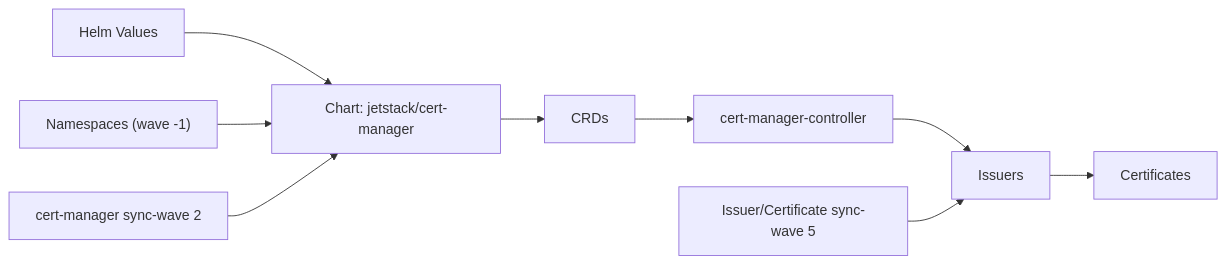
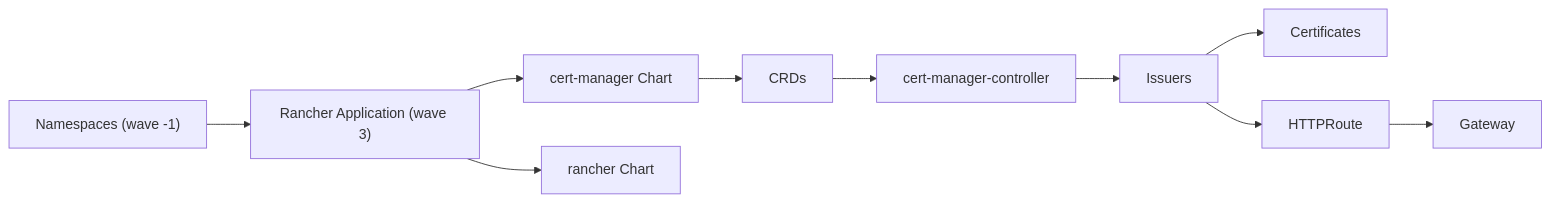
The fifth of 5 diagrams in .qoder/repowiki/en/content/Playground Applications/Certificate Manager Application.md (Hoangvu75/k8s_manifest), drawn with Mermaid before and after one commit. The commit also changed other lines of this file and 24 other files, not shown here.

````diff
--- a/.qoder/repowiki/en/content/Playground Applications/Certificate Manager Application.md
+++ b/.qoder/repowiki/en/content/Playground Applications/Certificate Manager Application.md
@@ -212,11 +227,12 @@
 ```mermaid
 graph LR
-V["Helm Values"] --> CH["Chart: jetstack/cert-manager"]
-CH --> CRD["CRDs"]
+NS["Namespaces (wave -1)"] --> RA["Rancher Application (wave 3)"]
+RA --> CM["cert-manager Chart"]
+RA --> RN["rancher Chart"]
+CM --> CRD["CRDs"]
 CRD --> CTRL["cert-manager-controller"]
 CTRL --> ISS["Issuers"]
 ISS --> CERT["Certificates"]
-NS["Namespaces (wave -1)"] --> CH
-W2["cert-manager sync-wave 2"] --> CH
-W5["Issuer/Certificate sync-wave 5"] --> ISS
+ISS --> HR["HTTPRoute"]
+HR --> GW["Gateway"]
 ```
````
